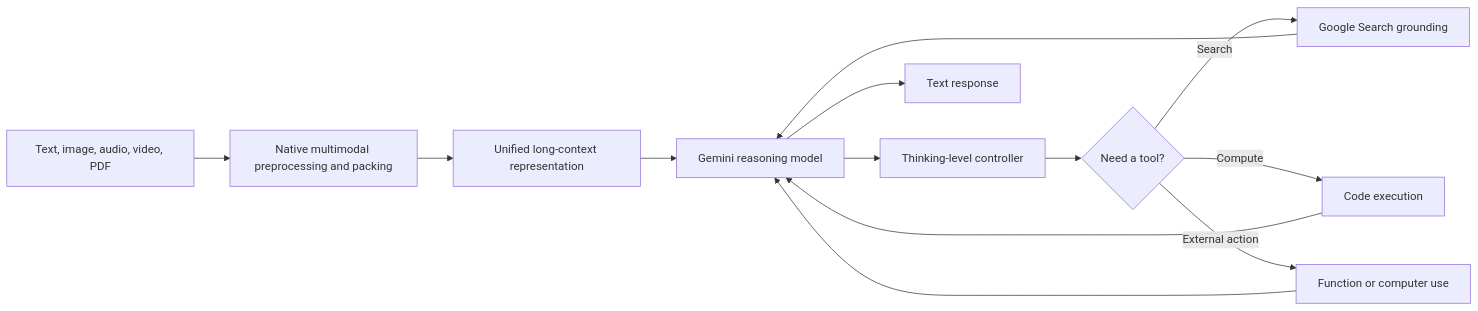
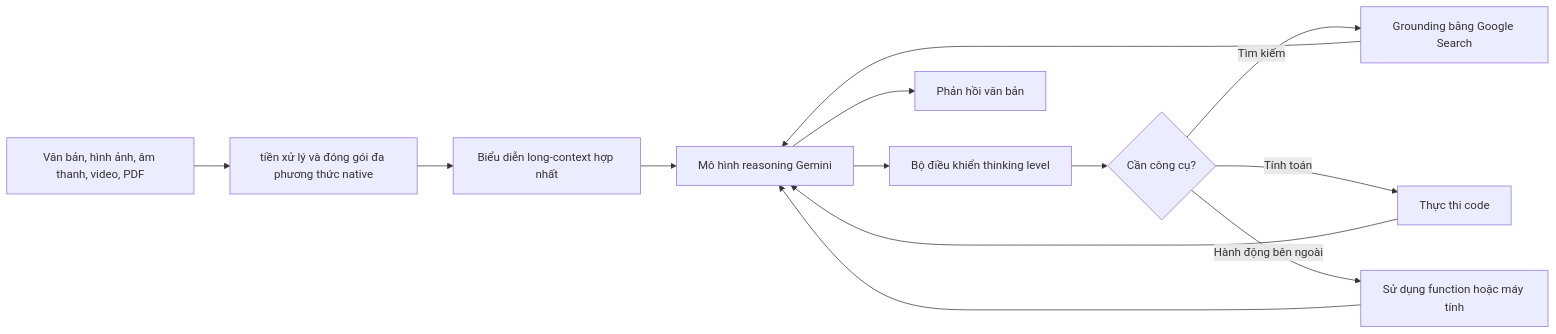
Before and after one commit to cycler04/VinRobotics-VLA: the fifth of 28 diagrams in docs/research_finding/01-gwen/broad_overview/LLM_VLM/recent_llm_overview.md, drawn with Mermaid. The commit also changed other lines of this file and 79 other files, not shown here.

````diff
--- a/docs/research_finding/01-gwen/broad_overview/LLM_VLM/recent_llm_overview.md
+++ b/docs/research_finding/01-gwen/broad_overview/LLM_VLM/recent_llm_overview.md
@@ -243,15 +243,15 @@
 ```mermaid
 flowchart LR
-    I[Text, image, audio, video, PDF] --> P[Native multimodal preprocessing and packing]
-    P --> C[Unified long-context representation]
-    C --> G[Gemini reasoning model]
-    G --> L[Thinking-level controller]
-    L --> Q{Need a tool?}
-    Q -->|Search| S[Google Search grounding]
-    Q -->|Compute| X[Code execution]
-    Q -->|External action| F[Function or computer use]
+    I[Văn bản, hình ảnh, âm thanh, video, PDF] --> P[tiền xử lý và đóng gói đa phương thức native]
+    P --> C[Biểu diễn long-context hợp nhất]
+    C --> G[Mô hình reasoning Gemini]
+    G --> L[Bộ điều khiển thinking level]
+    L --> Q{Cần công cụ?}
+    Q -->|Tìm kiếm| S[Grounding bằng Google Search]
+    Q -->|Tính toán| X[Thực thi code]
+    Q -->|Hành động bên ngoài| F[Sử dụng function hoặc máy tính]
     S --> G
     X --> G
     F --> G
-    G --> O[Text response]
+    G --> O[Phản hồi văn bản]
 ```
````
